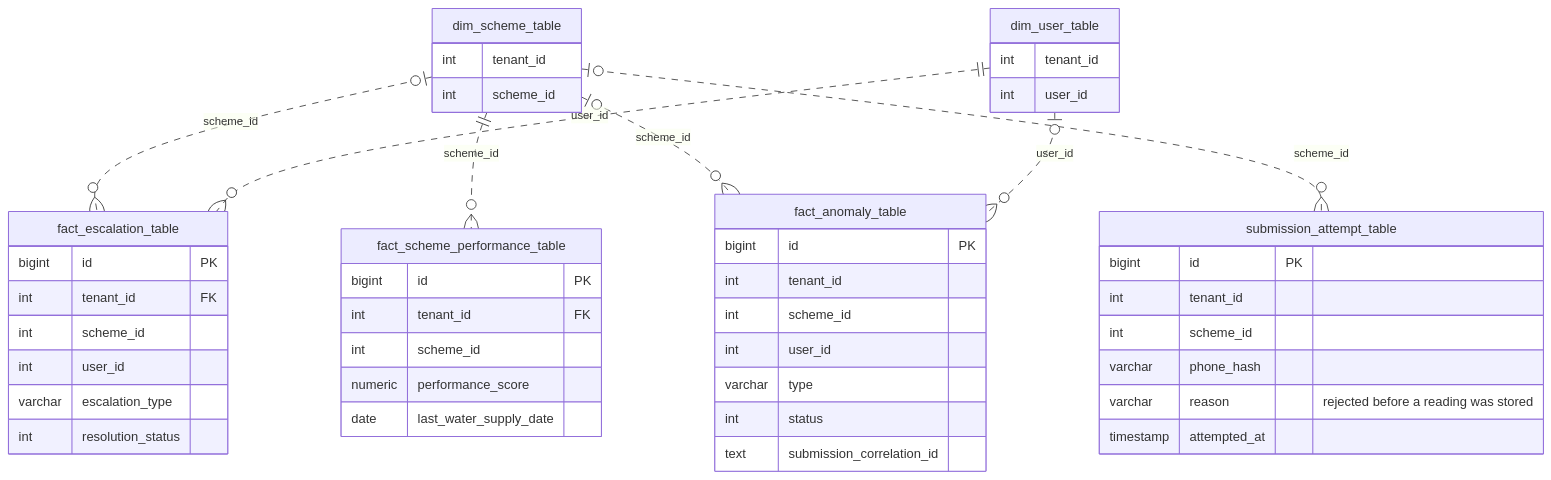
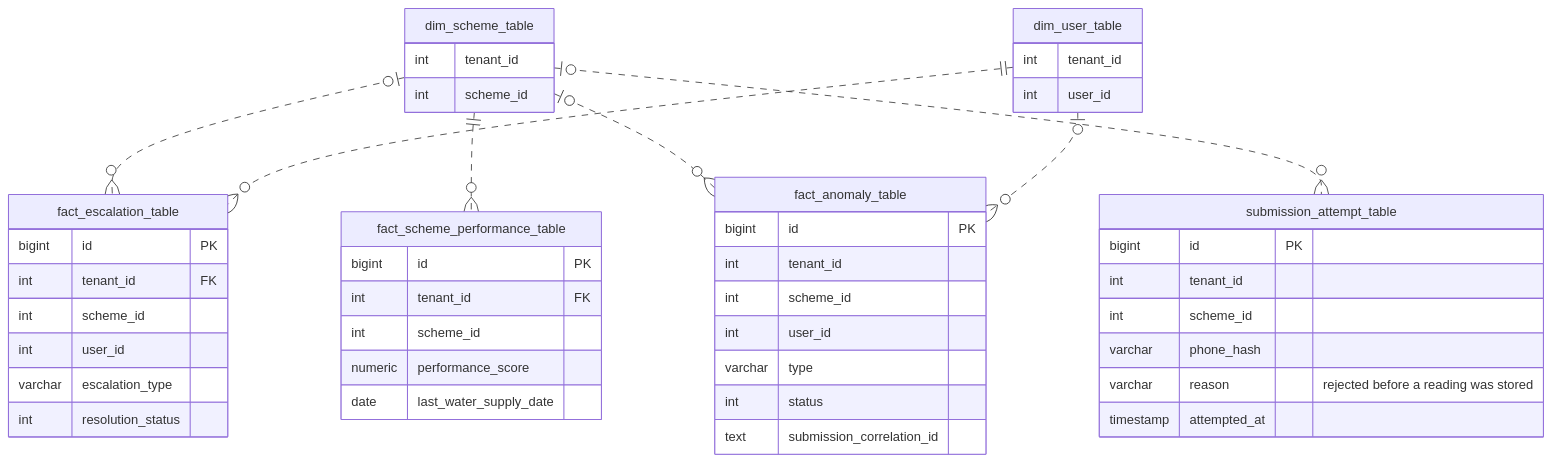
The seventh of 8 diagrams in gitbook/database-er-diagram.md (arghyam/JalSoochak), drawn with Mermaid before and after one commit. The commit also changed other lines of this file, not shown here.

First line of the commit message:
Fix ER diagrams that GitBook's Mermaid renders badly

````diff
--- a/gitbook/database-er-diagram.md
+++ b/gitbook/database-er-diagram.md
@@ -441,50 +443,50 @@
 ```mermaid
 erDiagram
     dim_scheme_table {
         int tenant_id
         int scheme_id
     }
     dim_user_table {
         int tenant_id
         int user_id
     }
     fact_escalation_table {
         bigint id PK
         int tenant_id FK
         int scheme_id
         int user_id
         varchar escalation_type
         int resolution_status
     }
     fact_scheme_performance_table {
         bigint id PK
         int tenant_id FK
         int scheme_id
         numeric performance_score
         date last_water_supply_date
     }
     fact_anomaly_table {
         bigint id PK
         int tenant_id
         int scheme_id
         int user_id
         varchar type
         int status
         text submission_correlation_id
     }
     submission_attempt_table {
         bigint id PK
         int tenant_id
         int scheme_id
         varchar phone_hash
         varchar reason "rejected before a reading was stored"
         timestamp attempted_at
     }
 
-    dim_scheme_table |o..o{ fact_escalation_table : "scheme_id"
-    dim_scheme_table ||..o{ fact_scheme_performance_table : "scheme_id"
-    dim_scheme_table |o..o{ fact_anomaly_table : "scheme_id"
-    dim_scheme_table |o..o{ submission_attempt_table : "scheme_id"
-    dim_user_table ||..o{ fact_escalation_table : "user_id"
-    dim_user_table |o..o{ fact_anomaly_table : "user_id"
+    dim_scheme_table |o..o{ fact_escalation_table : ""
+    dim_scheme_table ||..o{ fact_scheme_performance_table : ""
+    dim_scheme_table |o..o{ fact_anomaly_table : ""
+    dim_scheme_table |o..o{ submission_attempt_table : ""
+    dim_user_table ||..o{ fact_escalation_table : ""
+    dim_user_table |o..o{ fact_anomaly_table : ""
 ```
````
